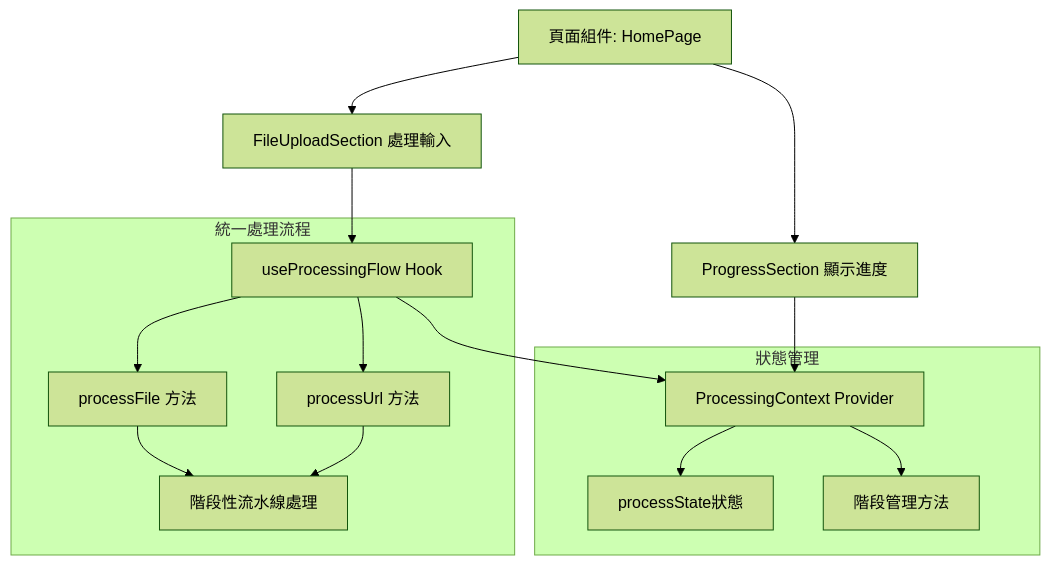
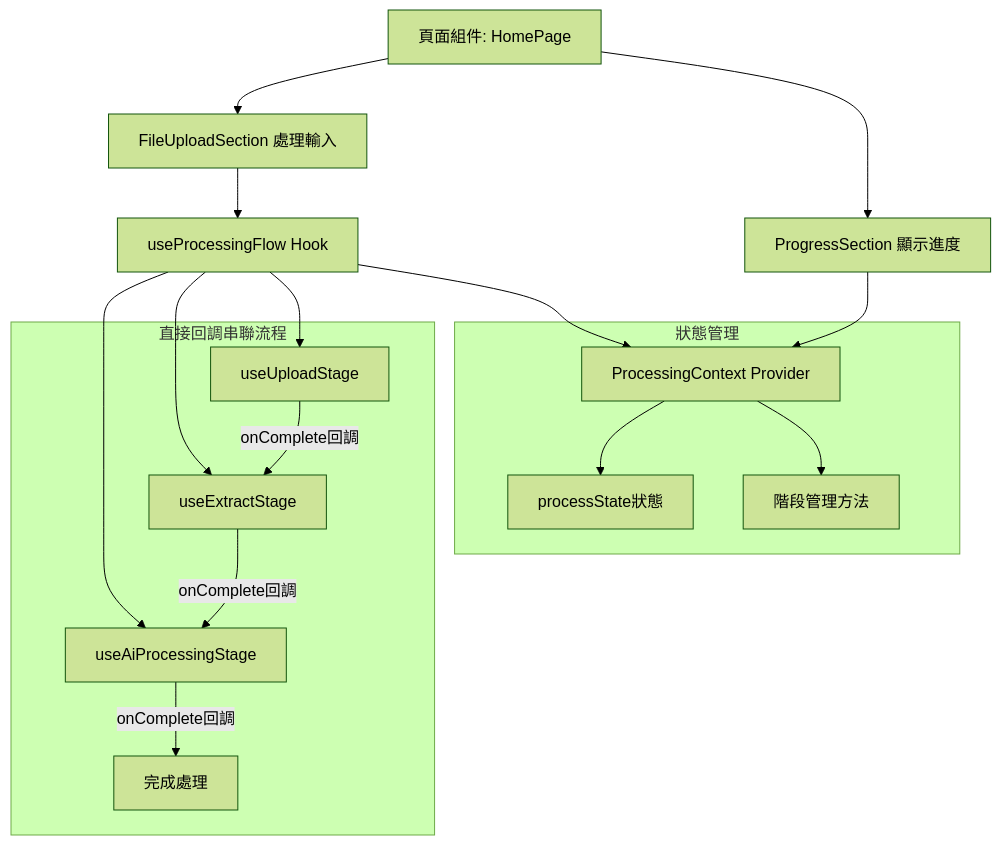
The first of 4 diagrams in docs/processing-flow-analysis.md (darwin7381/auto-article-tools), drawn with Mermaid (forest theme) before and after one commit. The commit also changed other lines of this file and 6 other files, not shown here.

Commit message:
processing flow and display new docs

````diff
--- a/docs/processing-flow-analysis.md
+++ b/docs/processing-flow-analysis.md
@@ -27,24 +31,27 @@
 ```mermaid
 graph TD
     A[頁面組件: HomePage] --> B[FileUploadSection 處理輸入]
     A --> C[ProgressSection 顯示進度]
     
     subgraph 狀態管理
     D[ProcessingContext Provider]
     E[processState狀態]
     F[階段管理方法]
     end
     
     B --> G[useProcessingFlow Hook]
+    G --> H[useUploadStage]
+    G --> I[useExtractStage]
+    G --> J[useAiProcessingStage]
+    
     G --> D
     C --> D
     D --> E
     D --> F
     
-    subgraph 統一處理流程
-    G --> H[processFile 方法]
-    G --> I[processUrl 方法]
-    H --> J[階段性流水線處理]
-    I --> J
+    subgraph 直接回調串聯流程
+    H --> |"onComplete回調"| I
+    I --> |"onComplete回調"| J
+    J --> |"onComplete回調"| K[完成處理]
     end
 ```
````
